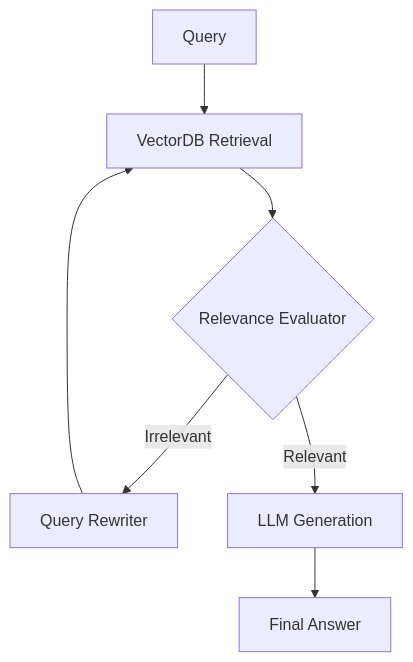
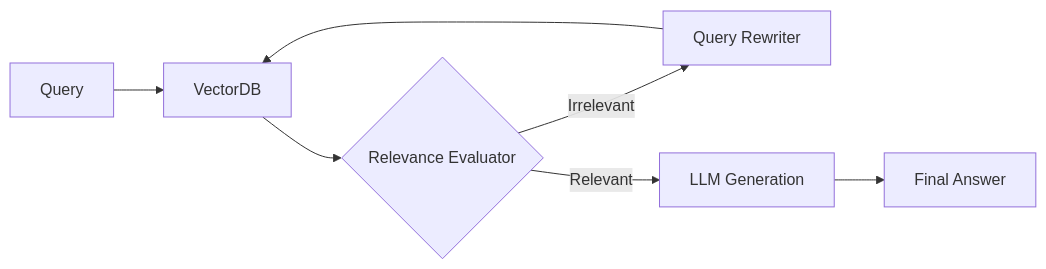
The second of 4 diagrams in README.md (Shikhar-Kesharwani/Shikhar-Kesharwani), drawn with Mermaid before and after one commit. The commit also changed other lines of this file, not shown here.

````diff
--- a/README.md
+++ b/README.md
@@ -169,9 +153,9 @@
 ```mermaid
-graph TD
-    A[Query] --> B[VectorDB Retrieval]
+graph LR
+    A[Query] --> B[VectorDB]
     B --> C{Relevance Evaluator}
     C -->|Irrelevant| D[Query Rewriter]
     D --> B
     C -->|Relevant| E[LLM Generation]
     E --> F[Final Answer]
 ```
````
